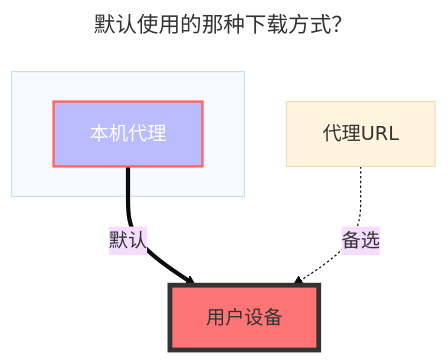
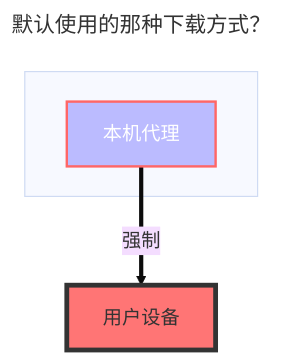
The diagram in docs/zh/guide/drivers/quark.md (alist-org/docs), drawn with Mermaid (base theme) before and after one commit. The commit also changed other lines of this file and 122 other files, not shown here.

````diff
--- a/docs/zh/guide/drivers/quark.md
+++ b/docs/zh/guide/drivers/quark.md
@@ -40,16 +40,14 @@
 ```mermaid
 ---
 title: 默认使用的那种下载方式？
 ---
 flowchart TB
     style c1 fill:#bbf,stroke:#f66,stroke-width:2px,color:#fff
     style a2 fill:#ff7575,stroke:#333,stroke-width:4px
     subgraph ide1 [ ]
     c1
     end
-    c1[本机代理]:::someclass==默认==>a2[用户设备]
+    c1[本机代理]:::someclass==强制==>a2[用户设备]
     classDef someclass fill:#f96
-    b1[代理URL]-.备选.->a2[用户设备]
-    click b1 "../drivers/common.html#webdav-策略"
     click c1 "../drivers/common.html#webdav-策略"
 ```
````
